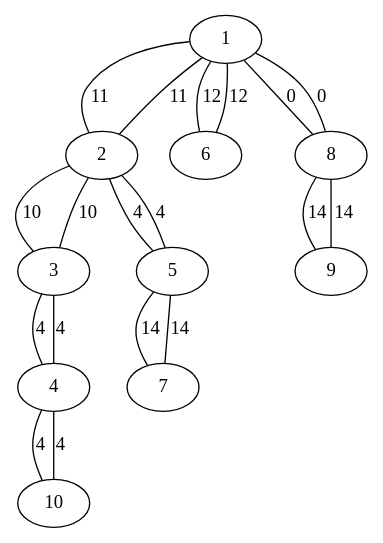
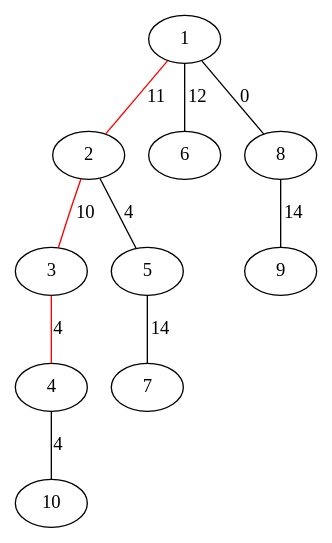
Before and after one commit to Claudine6/ensae-prog23: the diagram in Graph.gv, drawn with Graphviz. The commit also changed 7 other files, not shown here.

```diff
--- a/Graph.gv
+++ b/Graph.gv
@@ -1,30 +1,21 @@
 graph {
 	1
-	1 -- 2 [label=11 fillcolor=red style=filled]
+	1 -- 2 [label=11 color=red style=filled]
 	1 -- 6 [label=12]
 	1 -- 8 [label=0]
 	2
-	2 -- 1 [label=11 fillcolor=red style=filled]
-	2 -- 3 [label=10 fillcolor=red style=filled]
+	2 -- 3 [label=10 color=red style=filled]
 	2 -- 5 [label=4]
 	3
-	3 -- 2 [label=10 fillcolor=red style=filled]
-	3 -- 4 [label=4 fillcolor=red style=filled]
+	3 -- 4 [label=4 color=red style=filled]
 	4
-	4 -- 3 [label=4 fillcolor=red style=filled]
 	4 -- 10 [label=4]
 	5
-	5 -- 2 [label=4]
 	5 -- 7 [label=14]
 	6
-	6 -- 1 [label=12]
 	7
-	7 -- 5 [label=14]
 	8
-	8 -- 1 [label=0]
 	8 -- 9 [label=14]
 	9
-	9 -- 8 [label=14]
 	10
-	10 -- 4 [label=4]
 }
```
